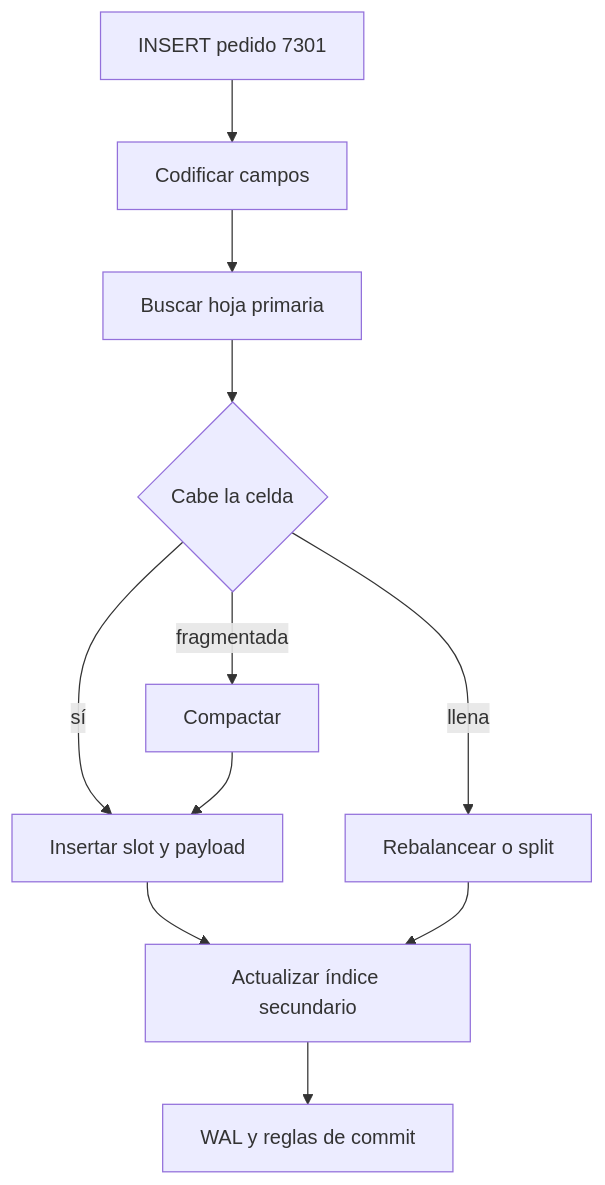
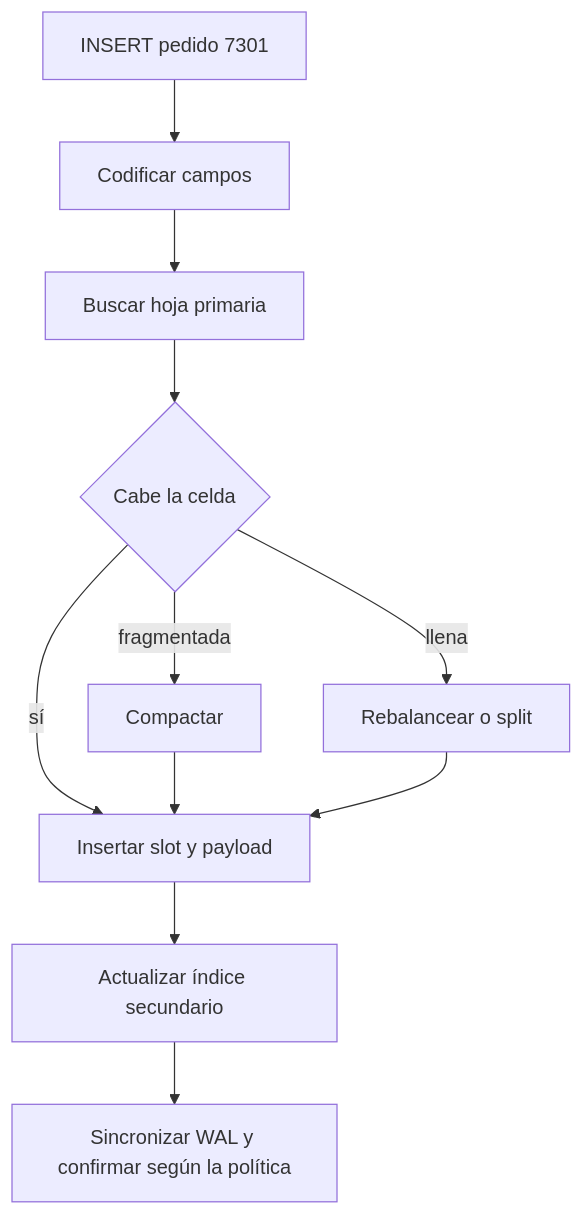
One commit to kalech7/notes changed the first of 2 diagrams in Obsidian/lecturas/database internals/05 Práctica y repaso/01 Caso práctico del pedido al vacuum.md. Above: the diagram before and after it, drawn with Mermaid. The commit also changed other lines of this file and 125 other files, not shown here.

Commit message:
fix(pregrado): interconecta notas huerfanas, crea MOCs faltantes, corrige diagramas y resuelve referencias rotas

````diff
--- a/Obsidian/lecturas/database internals/05 Práctica y repaso/01 Caso práctico del pedido al vacuum.md
+++ b/Obsidian/lecturas/database internals/05 Práctica y repaso/01 Caso práctico del pedido al vacuum.md
@@ -39,13 +39,13 @@
 ```mermaid
 flowchart TD
  A[INSERT pedido 7301] --> B[Codificar campos]
  B --> C[Buscar hoja primaria]
  C --> D{Cabe la celda}
  D -->|sí| E[Insertar slot y payload]
  D -->|fragmentada| F[Compactar]
  D -->|llena| G[Rebalancear o split]
  E --> H[Actualizar índice secundario]
  F --> E
- G --> H
- H --> I[WAL y reglas de commit]
+ G --> E
+ H --> I[Sincronizar WAL y confirmar según la política]
 ```
````
